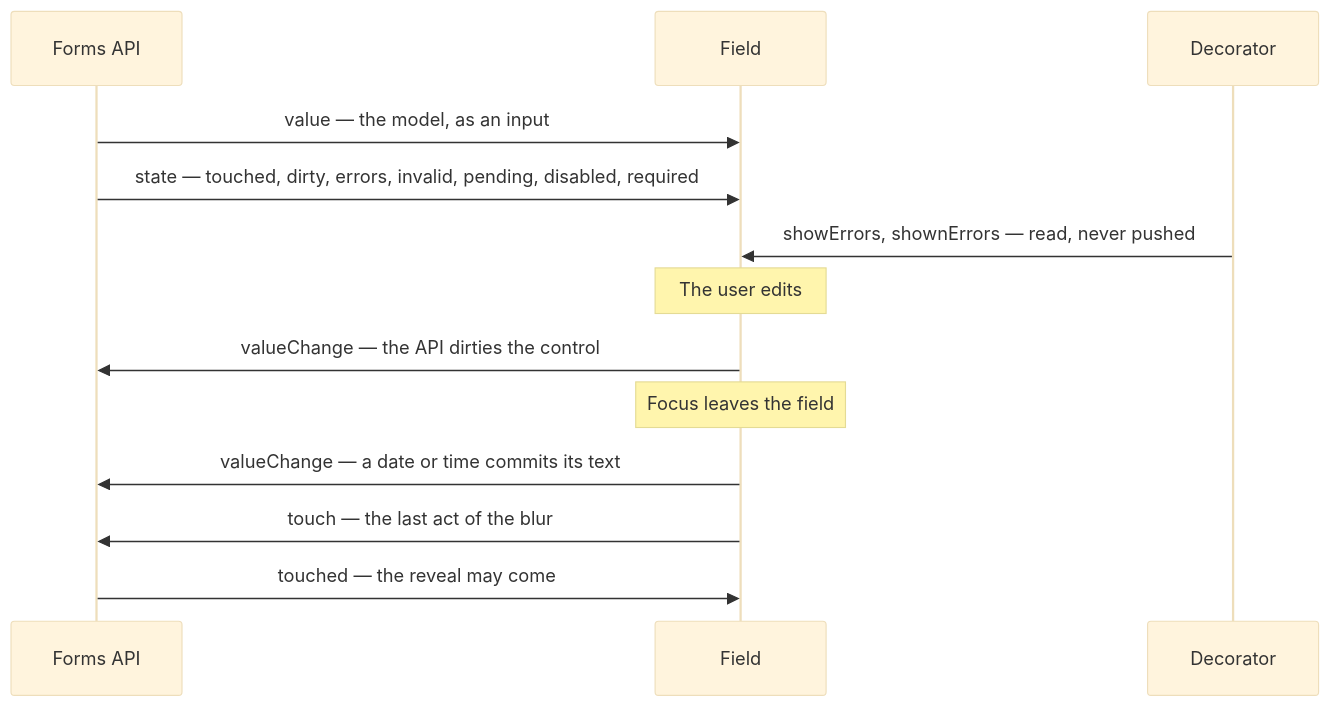
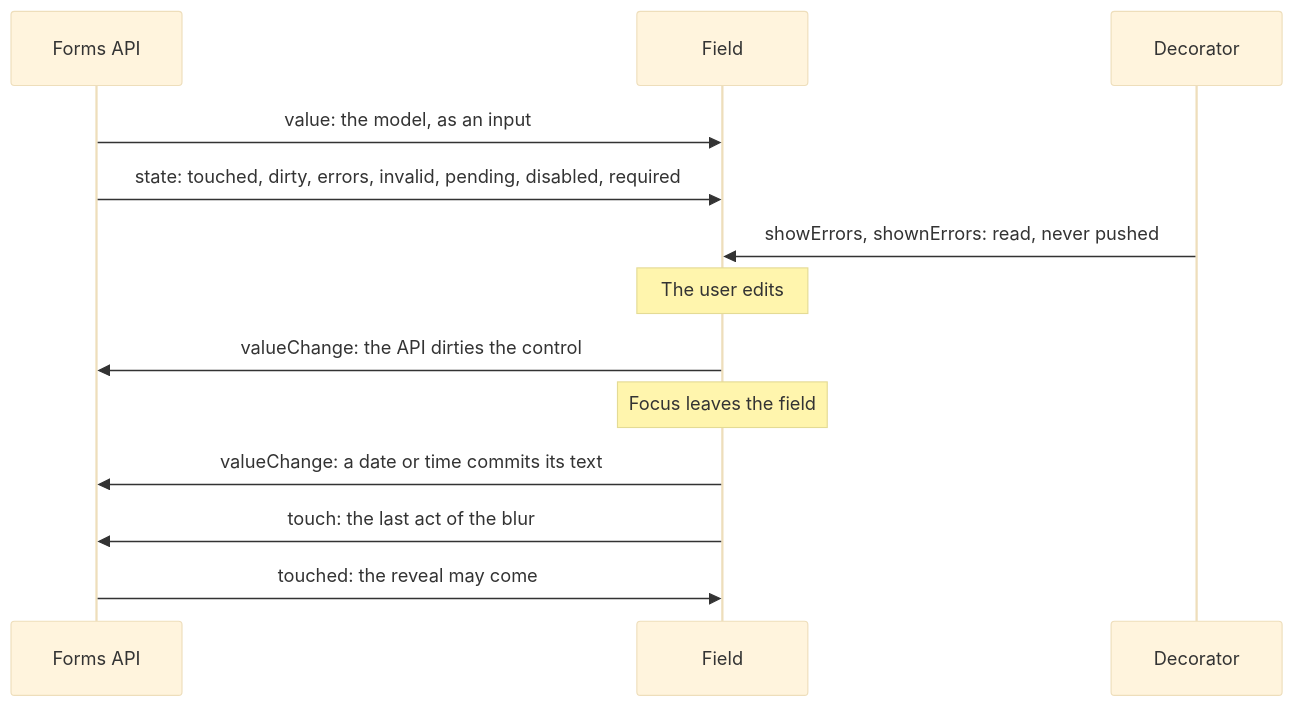
Before and after one commit to Cynthion/ngx-formidable: the second of 3 diagrams in .documentation/tech/forms-integration.md, drawn with Mermaid (base theme). The commit also changed other lines of this file and 54 other files, not shown here.

````diff
--- a/.documentation/tech/forms-integration.md
+++ b/.documentation/tech/forms-integration.md
@@ -68,15 +68,15 @@
 ```mermaid
 sequenceDiagram
   participant A as Forms API
   participant F as Field
   participant D as Decorator
-  A->>F: value — the model, as an input
-  A->>F: state — touched, dirty, errors, invalid, pending, disabled, required
-  D->>F: showErrors, shownErrors — read, never pushed
+  A->>F: value: the model, as an input
+  A->>F: state: touched, dirty, errors, invalid, pending, disabled, required
+  D->>F: showErrors, shownErrors: read, never pushed
   Note over F: The user edits
-  F->>A: valueChange — the API dirties the control
+  F->>A: valueChange: the API dirties the control
   Note over F: Focus leaves the field
-  F->>A: valueChange — a date or time commits its text
-  F->>A: touch — the last act of the blur
-  A->>F: touched — the reveal may come
+  F->>A: valueChange: a date or time commits its text
+  F->>A: touch: the last act of the blur
+  A->>F: touched: the reveal may come
 ```
````
